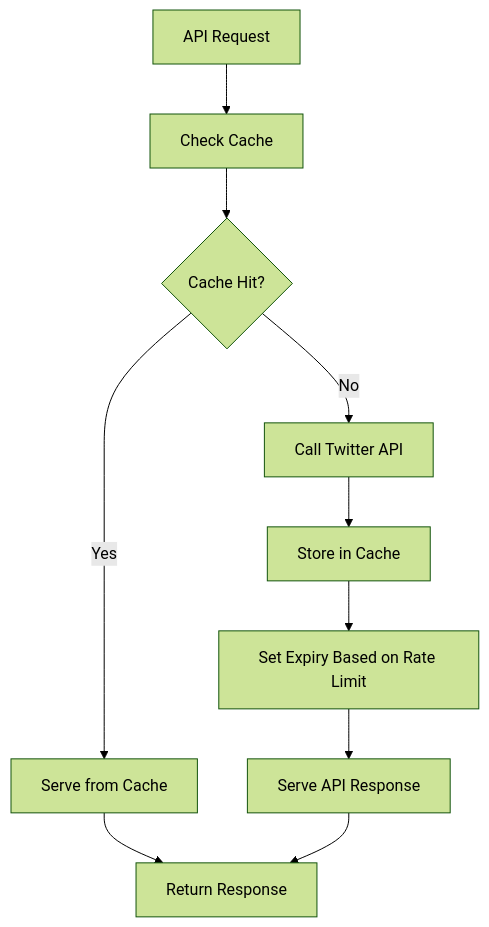
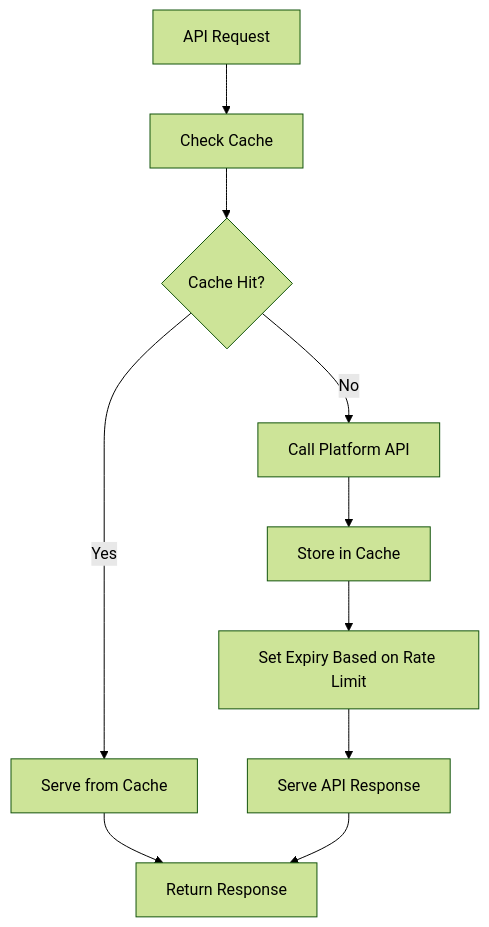
Before and after one commit to open-crosspost/open-crosspost-proxy-service: the ninth of 17 diagrams in memory-bank/systemPatterns.md, drawn with Mermaid (forest theme). The commit also changed other lines of this file and 87 other files, not shown here.

````diff
--- a/memory-bank/systemPatterns.md
+++ b/memory-bank/systemPatterns.md
@@ -127,15 +157,15 @@
 ```mermaid
 flowchart TD
     Request[API Request] --> CheckCache[Check Cache]
     CheckCache --> CacheHit{Cache Hit?}
     
     CacheHit -->|Yes| ServeCache[Serve from Cache]
-    CacheHit -->|No| CallAPI[Call Twitter API]
+    CacheHit -->|No| CallAPI[Call Platform API]
     
     CallAPI --> StoreCache[Store in Cache]
     StoreCache --> SetExpiry[Set Expiry Based on Rate Limit]
     SetExpiry --> ServeResponse[Serve API Response]
     
     ServeCache --> ReturnResponse[Return Response]
     ServeResponse --> ReturnResponse
 ```
````
